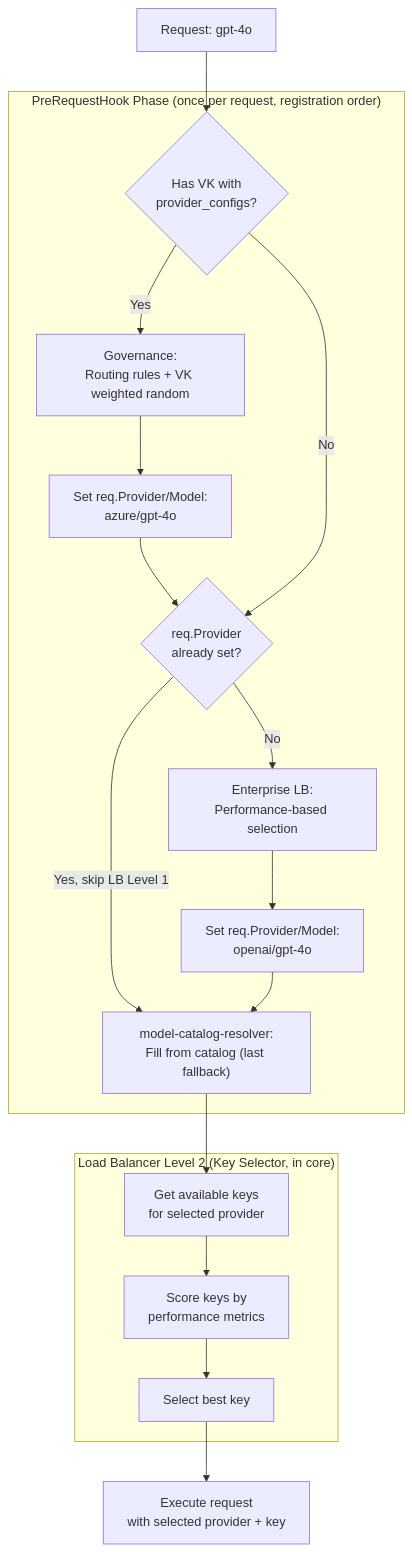
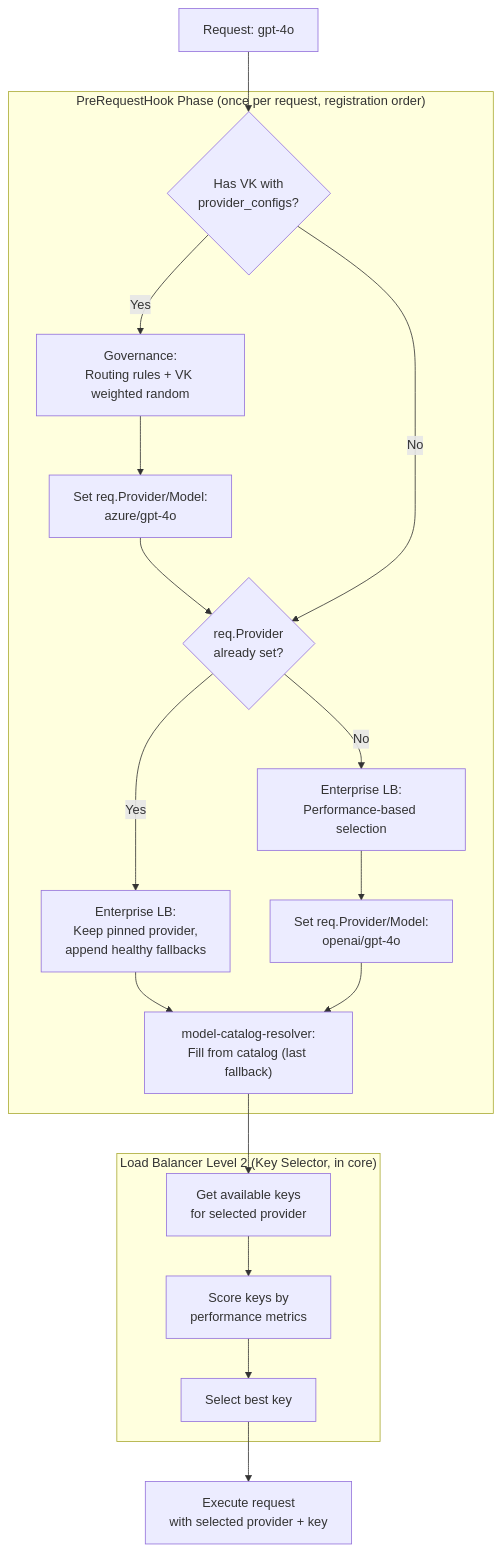
The second of 3 diagrams in docs/providers/provider-routing.mdx (akhsaul/bifrost), drawn with Mermaid before and after one commit. The commit also changed other lines of this file and 1 other file, not shown here.

First line of the commit message:
docs: clarify that Level 1 LB always runs for pinned providers, appending healthy fallbacks instead of skipping (#5135)

````diff
--- a/docs/providers/provider-routing.mdx
+++ b/docs/providers/provider-routing.mdx
@@ -1205,28 +1205,29 @@
 ```mermaid
 flowchart TD
     Start["Request: gpt-4o"]
 
     subgraph PreReq["PreRequestHook Phase (once per request, registration order)"]
         HasVK{"Has VK with<br/>provider_configs?"}
         GovRoute["Governance:<br/>Routing rules + VK weighted random"]
         AddPrefix["Set req.Provider/Model:<br/>azure/gpt-4o"]
         PrefixCheck{"req.Provider<br/>already set?"}
         LBProvider["Enterprise LB:<br/>Performance-based selection"]
+        LBPinned["Enterprise LB:<br/>Keep pinned provider,<br/>append healthy fallbacks"]
         AddLBPrefix["Set req.Provider/Model:<br/>openai/gpt-4o"]
         Resolver["model-catalog-resolver:<br/>Fill from catalog (last fallback)"]
     end
 
     subgraph LB2["Load Balancer Level 2 (Key Selector, in core)"]
         GetKeys["Get available keys<br/>for selected provider"]
         ScoreKeys["Score keys by<br/>performance metrics"]
         SelectKey["Select best key"]
     end
 
     Start --> HasVK
     HasVK -->|Yes| GovRoute --> AddPrefix --> PrefixCheck
     HasVK -->|No| PrefixCheck
-    PrefixCheck -->|Yes, skip LB Level 1| Resolver
+    PrefixCheck -->|Yes| LBPinned --> Resolver
     PrefixCheck -->|No| LBProvider --> AddLBPrefix --> Resolver
     Resolver --> GetKeys
     GetKeys --> ScoreKeys --> SelectKey --> Execute["Execute request<br/>with selected provider + key"]
 ```
````
